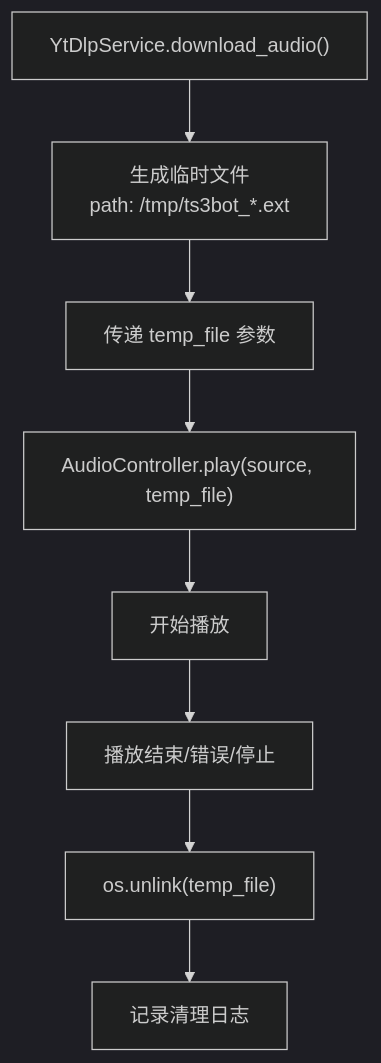
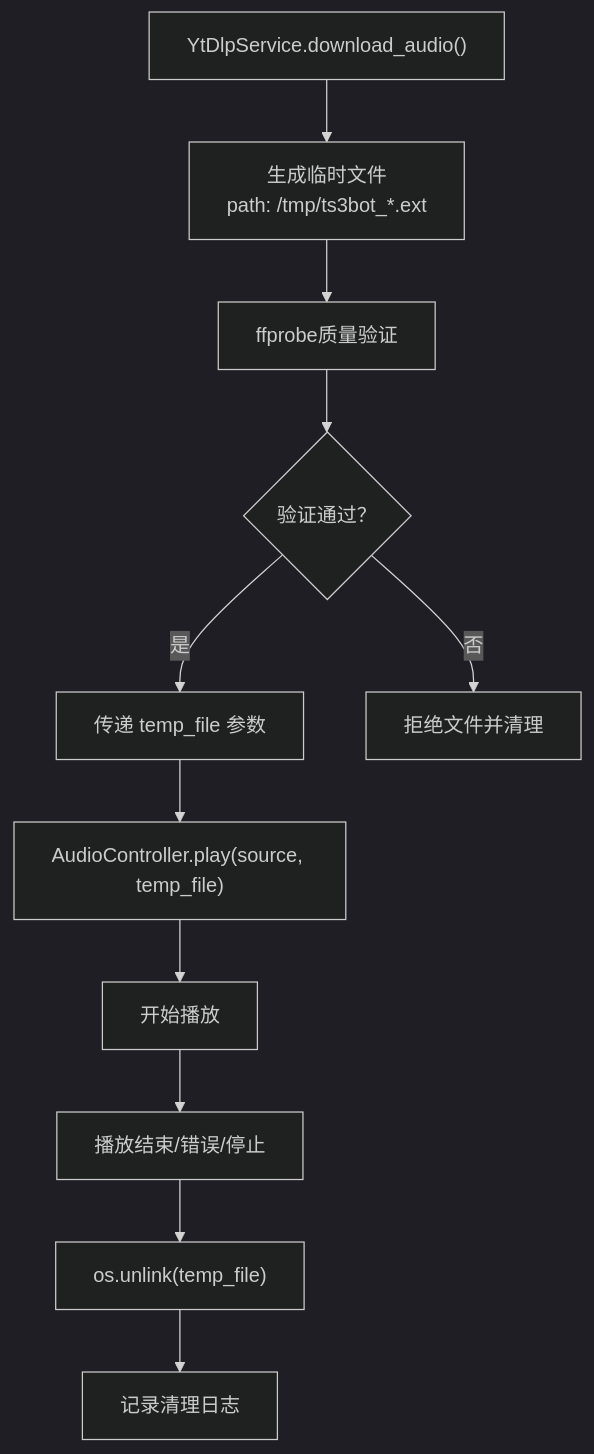
Before and after one commit to GhoulOwl/Teamspeak3_Bot: the tenth of 11 diagrams in .qoder/repowiki/zh/content/音乐播放系统/音频控制器.md, drawn with Mermaid (dark theme). The commit also changed other lines of this file and 6 other files, not shown here.

````diff
--- a/.qoder/repowiki/zh/content/音乐播放系统/音频控制器.md
+++ b/.qoder/repowiki/zh/content/音乐播放系统/音频控制器.md
@@ -486,10 +583,13 @@
 ```mermaid
 flowchart TD
 Download["YtDlpService.download_audio()"] --> TempFile["生成临时文件<br/>path: /tmp/ts3bot_*.ext"]
-TempFile --> PassParam["传递 temp_file 参数"]
+TempFile --> QualityCheck["ffprobe质量验证"]
+QualityCheck --> PassCheck{"验证通过？"}
+PassCheck --> |是| PassParam["传递 temp_file 参数"]
+PassCheck --> |否| Reject["拒绝文件并清理"]
 PassParam --> PlayCall["AudioController.play(source, temp_file)"]
 PlayCall --> StartPlayback["开始播放"]
 StartPlayback --> Cleanup["播放结束/错误/停止"]
 Cleanup --> DeleteFile["os.unlink(temp_file)"]
 DeleteFile --> Log["记录清理日志"]
 ```
````
